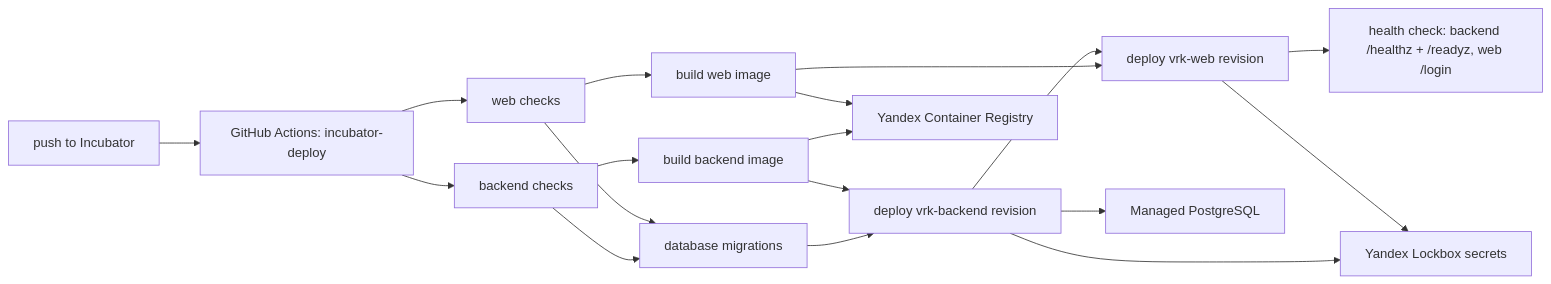
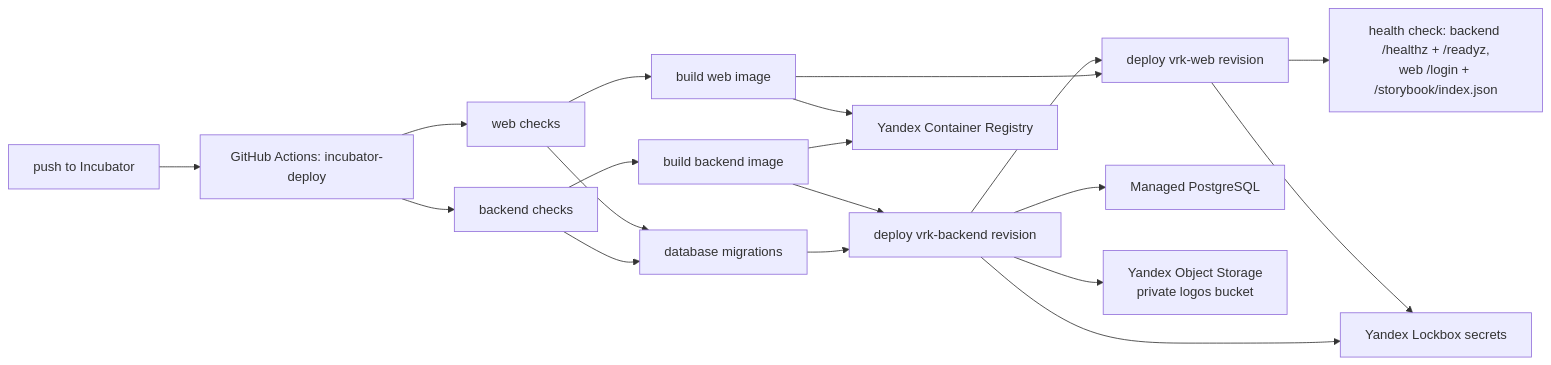
One commit to vrk-app/vrk changed the diagram in docs/architecture/yandex-cloud-incubator-deployment.md. Above: the diagram before and after it, drawn with Mermaid. The commit also changed other lines of this file and 127 other files, not shown here.

````diff
--- a/docs/architecture/yandex-cloud-incubator-deployment.md
+++ b/docs/architecture/yandex-cloud-incubator-deployment.md
@@ -74,20 +79,21 @@
 ```mermaid
 flowchart LR
     A["push to Incubator"] --> B["GitHub Actions: incubator-deploy"]
     B --> C["backend checks"]
     B --> D["web checks"]
     C --> E["database migrations"]
     D --> E
     C --> F["build backend image"]
     D --> G["build web image"]
     E --> H["deploy vrk-backend revision"]
     F --> H
     G --> I["deploy vrk-web revision"]
     H --> I
-    I --> J["health check: backend /healthz + /readyz, web /login"]
+    I --> J["health check: backend /healthz + /readyz,<br/>web /login + /storybook/index.json"]
     F --> K["Yandex Container Registry"]
     G --> K
     H --> L["Yandex Lockbox secrets"]
     I --> L
     H --> M["Managed PostgreSQL"]
+    H --> N["Yandex Object Storage<br/>private logos bucket"]
 ```
````
